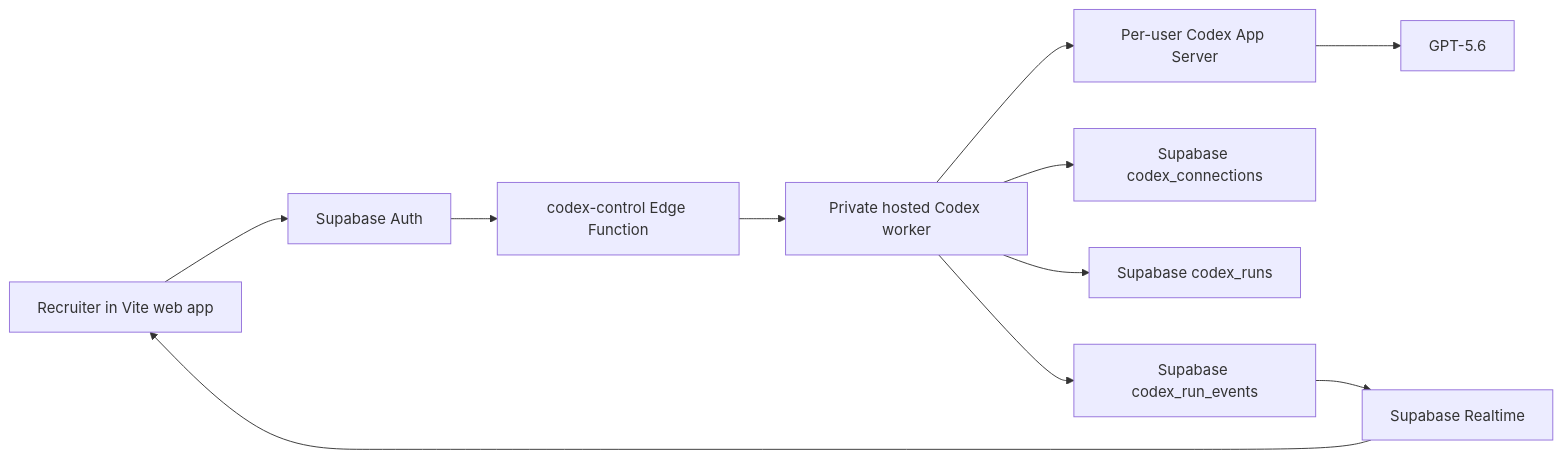
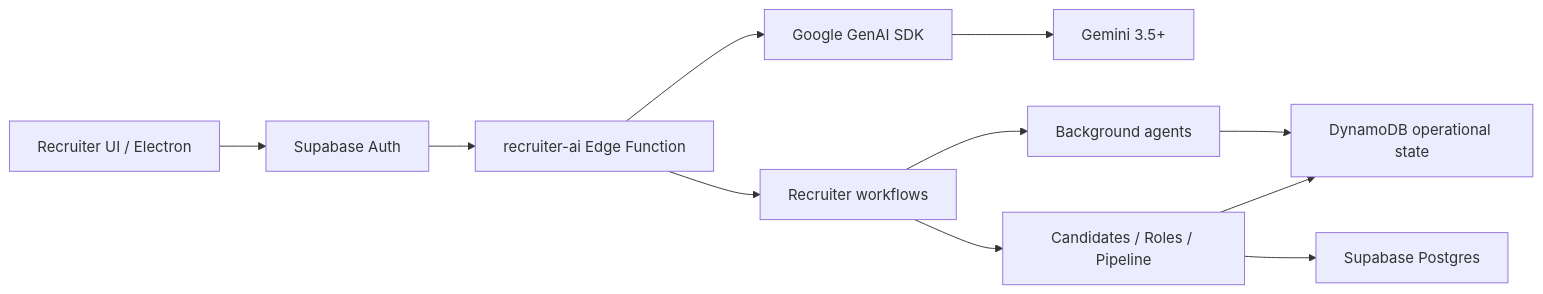
Before and after one commit to mylife-as-miles/Jobraker-Recruiter: the diagram in README.md, drawn with Mermaid. The commit also changed other lines of this file, not shown here.

Commit message:
rewrite AI architecture for Gemini

````diff
--- a/README.md
+++ b/README.md
@@ -192,13 +25,13 @@
 ```mermaid
 graph LR
-    A[Recruiter in Vite web app] --> B[Supabase Auth]
-    B --> C[codex-control Edge Function]
-    C --> D[Private hosted Codex worker]
-    D --> E[Per-user Codex App Server]
-    E --> F[GPT-5.6]
-    D --> G[Supabase codex_connections]
-    D --> H[Supabase codex_runs]
-    D --> I[Supabase codex_run_events]
-    I --> J[Supabase Realtime]
-    J --> A
+    A[Recruiter UI / Electron] --> B[Supabase Auth]
+    B --> C[recruiter-ai Edge Function]
+    C --> D[Google GenAI SDK]
+    D --> E[Gemini 3.5+]
+    C --> F[Recruiter workflows]
+    F --> G[Candidates / Roles / Pipeline]
+    F --> H[Background agents]
+    G --> I[DynamoDB operational state]
+    H --> I
+    G --> J[Supabase Postgres]
 ```
````
